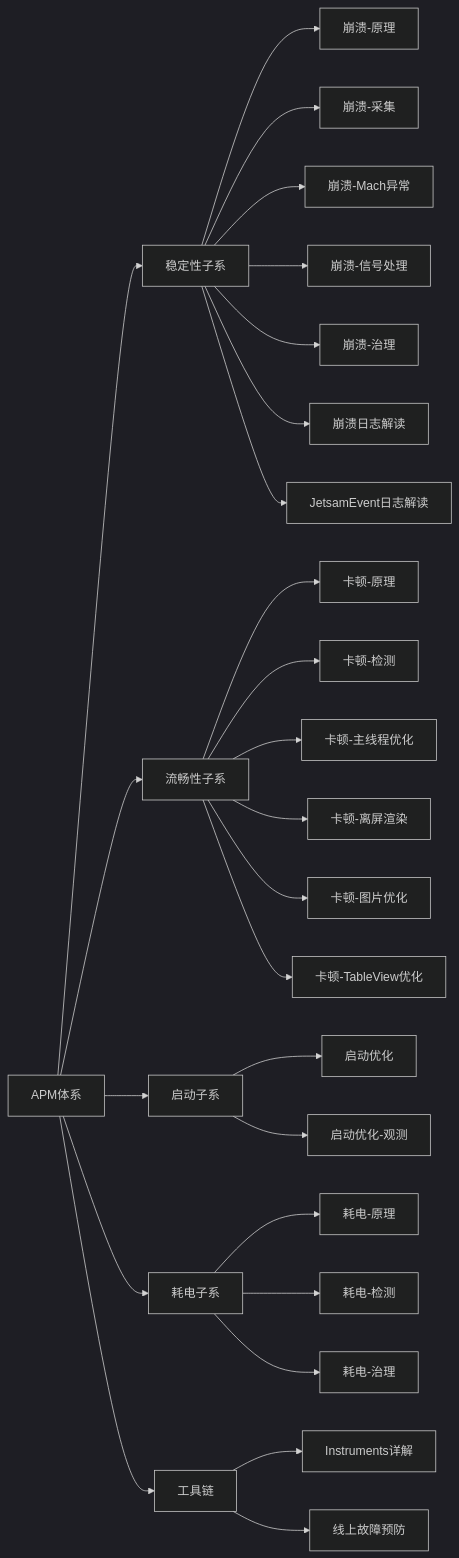
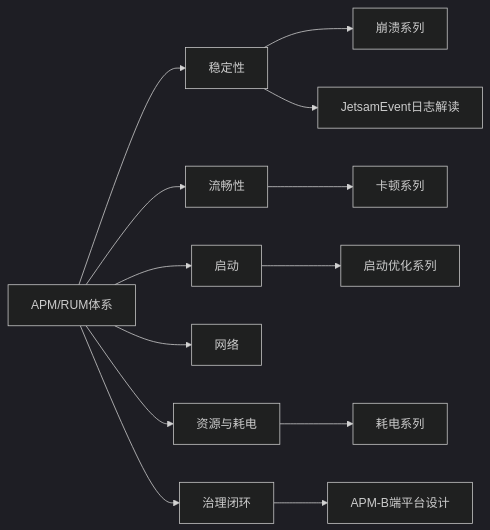
One commit to XiyouMobile3G-iOS/awesome-ios-interview changed the second of 3 diagrams in articles/ios-advanced/APM/APM.md. Above: the diagram before and after it, drawn with Mermaid (dark theme). The commit also changed other lines of this file and 12 other files, not shown here.

````diff
--- a/articles/ios-advanced/APM/APM.md
+++ b/articles/ios-advanced/APM/APM.md
@@ -22,34 +211,17 @@
 ```mermaid
 graph LR
-    APM[APM体系]
-    APM --> Stability[稳定性子系]
-    APM --> Fluency[流畅性子系]
-    APM --> Launch[启动子系]
-    APM --> Power[耗电子系]
-    APM --> Tools[工具链]
+    APM[APM/RUM体系]
+    APM --> Stability[稳定性]
+    APM --> Fluency[流畅性]
+    APM --> Launch[启动]
+    APM --> Network[网络]
+    APM --> Power[资源与耗电]
+    APM --> Workflow[治理闭环]
 
-    Stability --> C1[崩溃-原理]
-    Stability --> C2[崩溃-采集]
-    Stability --> C3[崩溃-Mach异常]
-    Stability --> C4[崩溃-信号处理]
-    Stability --> C5[崩溃-治理]
-    Stability --> C6[崩溃日志解读]
-    Stability --> C7[JetsamEvent日志解读]
-
-    Fluency --> L1[卡顿-原理]
-    Fluency --> L2[卡顿-检测]
-    Fluency --> L3[卡顿-主线程优化]
-    Fluency --> L4[卡顿-离屏渲染]
-    Fluency --> L5[卡顿-图片优化]
-    Fluency --> L6[卡顿-TableView优化]
-
-    Launch --> S1[启动优化]
-    Launch --> S2[启动优化-观测]
-
-    Power --> P1[耗电-原理]
-    Power --> P2[耗电-检测]
-    Power --> P3[耗电-治理]
-
-    Tools --> T1[Instruments详解]
-    Tools --> T2[线上故障预防]
+    Stability --> Crash[崩溃系列]
+    Stability --> Jetsam[JetsamEvent日志解读]
+    Fluency --> Lag[卡顿系列]
+    Launch --> Startup[启动优化系列]
+    Power --> Energy[耗电系列]
+    Workflow --> Platform[APM-B端平台设计]
 ```
````
